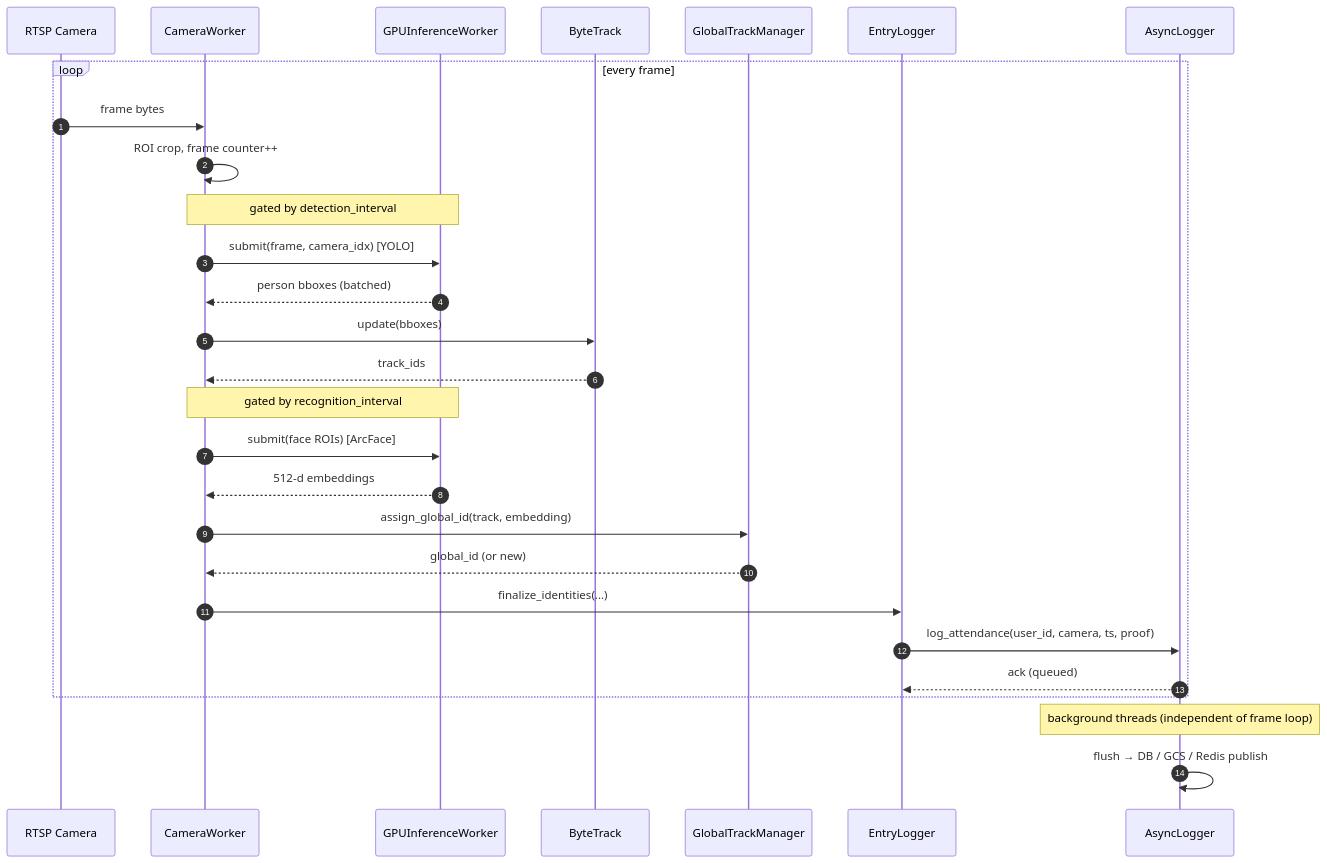
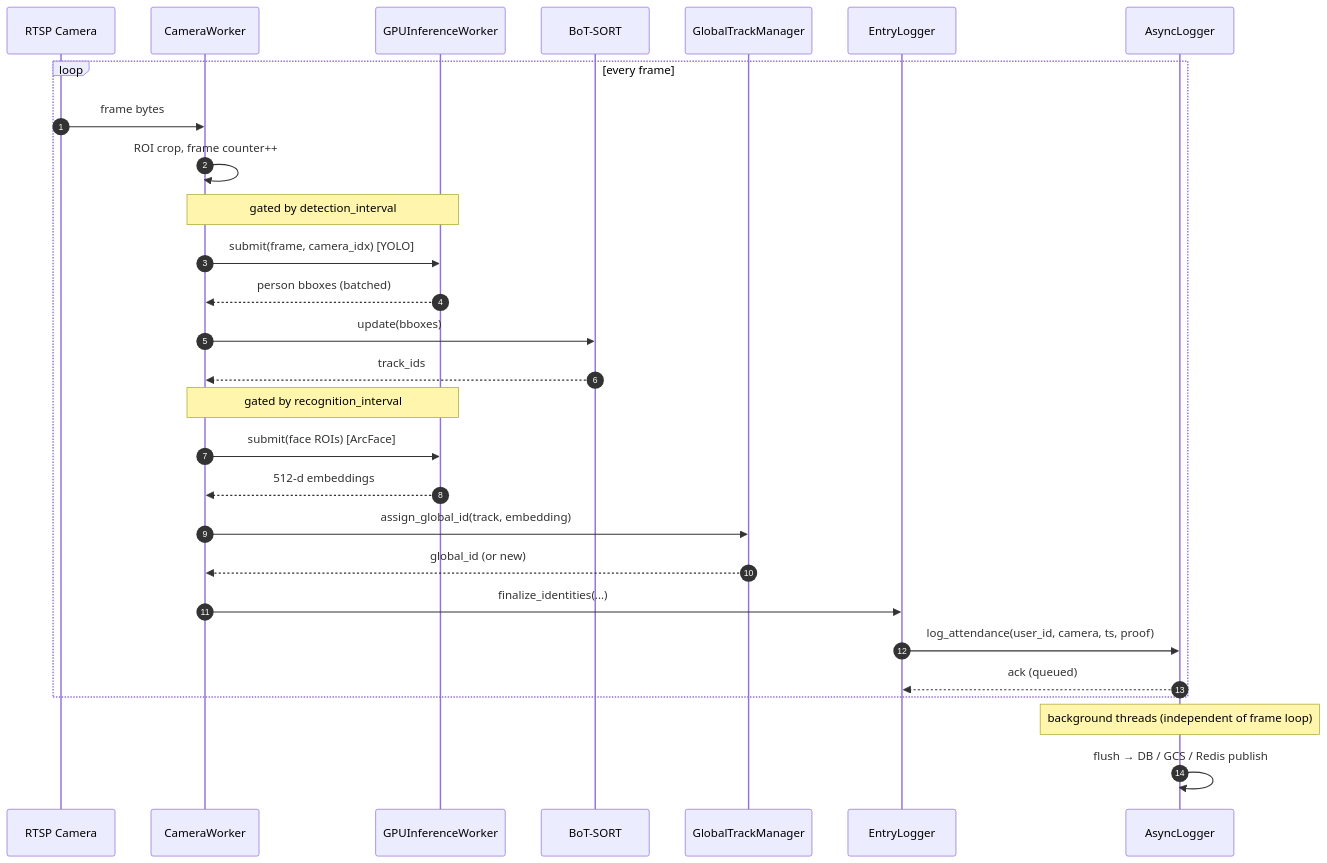
The fourth of 9 diagrams in docs/SERVICE_ARCHITECTURE.md (lumiohub-ai/lum-model-face-recognition), drawn with Mermaid before and after one commit. The commit also changed other lines of this file and 4 other files, not shown here.

Commit message:
docs: Update SERVICE_ARCHITECTURE.md to reflect tracking system changes and remove outdated document

````diff
--- a/docs/SERVICE_ARCHITECTURE.md
+++ b/docs/SERVICE_ARCHITECTURE.md
@@ -224,37 +224,37 @@
 ```mermaid
 sequenceDiagram
     autonumber
     participant Cam as RTSP Camera
     participant CW as CameraWorker
     participant GW as GPUInferenceWorker
-    participant Trk as ByteTrack
+    participant Trk as BoT-SORT
     participant GTM as GlobalTrackManager
     participant EL as EntryLogger
     participant AL as AsyncLogger
 
     loop every frame
         Cam->>CW: frame bytes
         CW->>CW: ROI crop, frame counter++
 
         Note over CW,GW: gated by detection_interval
         CW->>GW: submit(frame, camera_idx) [YOLO]
         GW-->>CW: person bboxes (batched)
 
         CW->>Trk: update(bboxes)
         Trk-->>CW: track_ids
 
         Note over CW,GW: gated by recognition_interval
         CW->>GW: submit(face ROIs) [ArcFace]
         GW-->>CW: 512-d embeddings
 
         CW->>GTM: assign_global_id(track, embedding)
         GTM-->>CW: global_id (or new)
 
         CW->>EL: finalize_identities(...)
         EL->>AL: log_attendance(user_id, camera, ts, proof)
         AL-->>EL: ack (queued)
     end
 
     Note over AL: background threads (independent of frame loop)
     AL->>AL: flush → DB / GCS / Redis publish
 ```
````
